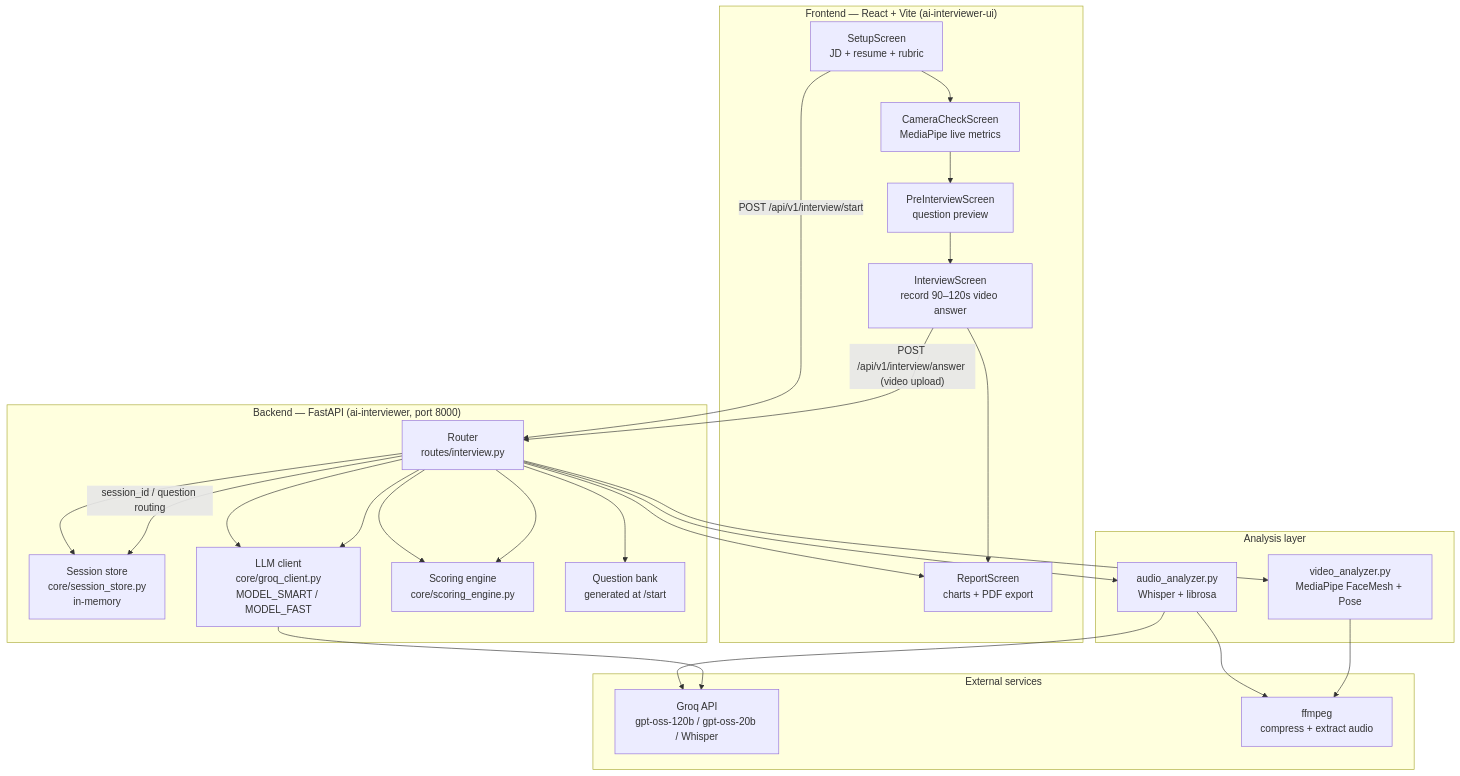
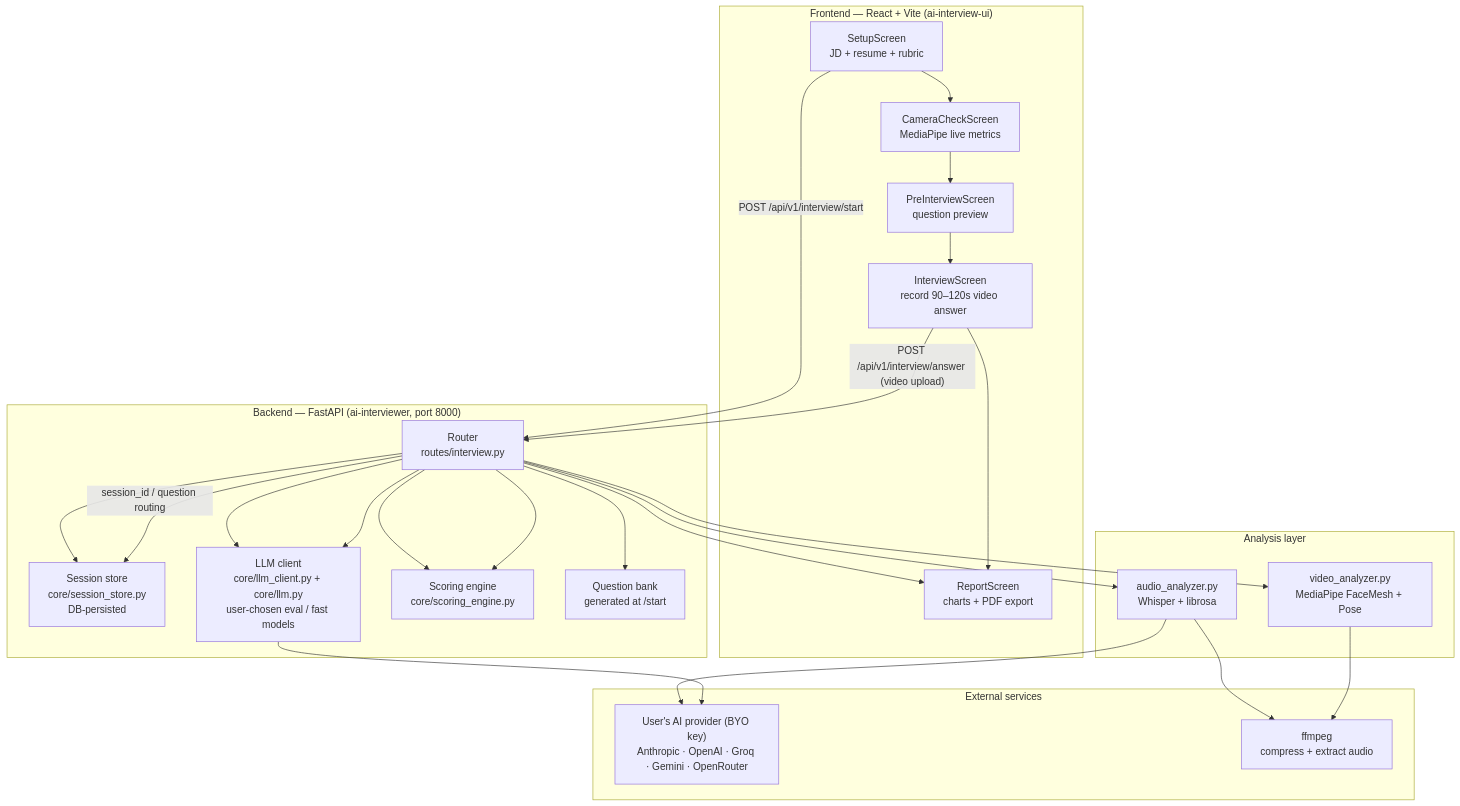
The first of 7 diagrams in README.md (RishabhPR77/ai-interview), drawn with Mermaid before and after one commit. The commit also changed other lines of this file and 48 other files, not shown here.

````diff
--- a/README.md
+++ b/README.md
@@ -63,40 +63,40 @@
 ```mermaid
 flowchart TB
-    subgraph UI["Frontend — React + Vite (ai-interviewer-ui)"]
+    subgraph UI["Frontend — React + Vite (ai-interview-ui)"]
         A[SetupScreen<br/>JD + resume + rubric] --> B[CameraCheckScreen<br/>MediaPipe live metrics]
         B --> C[PreInterviewScreen<br/>question preview]
         C --> D[InterviewScreen<br/>record 90–120s video answer]
         D --> E[ReportScreen<br/>charts + PDF export]
     end
 
     subgraph API["Backend — FastAPI (ai-interviewer, port 8000)"]
         F["Router<br/>routes/interview.py"]
-        F --> G["Session store<br/>core/session_store.py<br/>in-memory"]
-        F --> H["LLM client<br/>core/groq_client.py<br/>MODEL_SMART / MODEL_FAST"]
+        F --> G["Session store<br/>core/session_store.py<br/>DB-persisted"]
+        F --> H["LLM client<br/>core/llm_client.py + core/llm.py<br/>user-chosen eval / fast models"]
         F --> I["Scoring engine<br/>core/scoring_engine.py"]
         F --> J["Question bank<br/>generated at /start"]
     end
 
     subgraph ANALYSIS["Analysis layer"]
         K["audio_analyzer.py<br/>Whisper + librosa"]
         L["video_analyzer.py<br/>MediaPipe FaceMesh + Pose"]
     end
 
     subgraph EXT["External services"]
-        M["Groq API<br/>gpt-oss-120b / gpt-oss-20b / Whisper"]
+        M["User's AI provider (BYO key)<br/>Anthropic · OpenAI · Groq · Gemini · OpenRouter"]
         N["ffmpeg<br/>compress + extract audio"]
     end
 
     A -- "POST /api/v1/interview/start" --> F
     D -- "POST /api/v1/interview/answer (video upload)" --> F
     F -- "session_id / question routing" --> G
     F --> H
     F --> K
     F --> I
     K --> M
     K --> N
     L --> N
     F --> L
     H --> M
     F --> E
 ```
````
